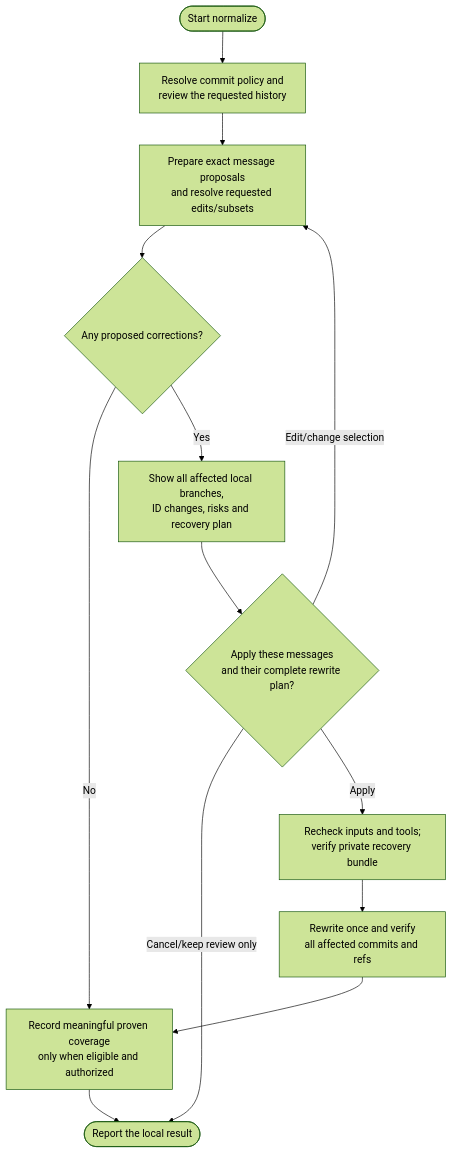
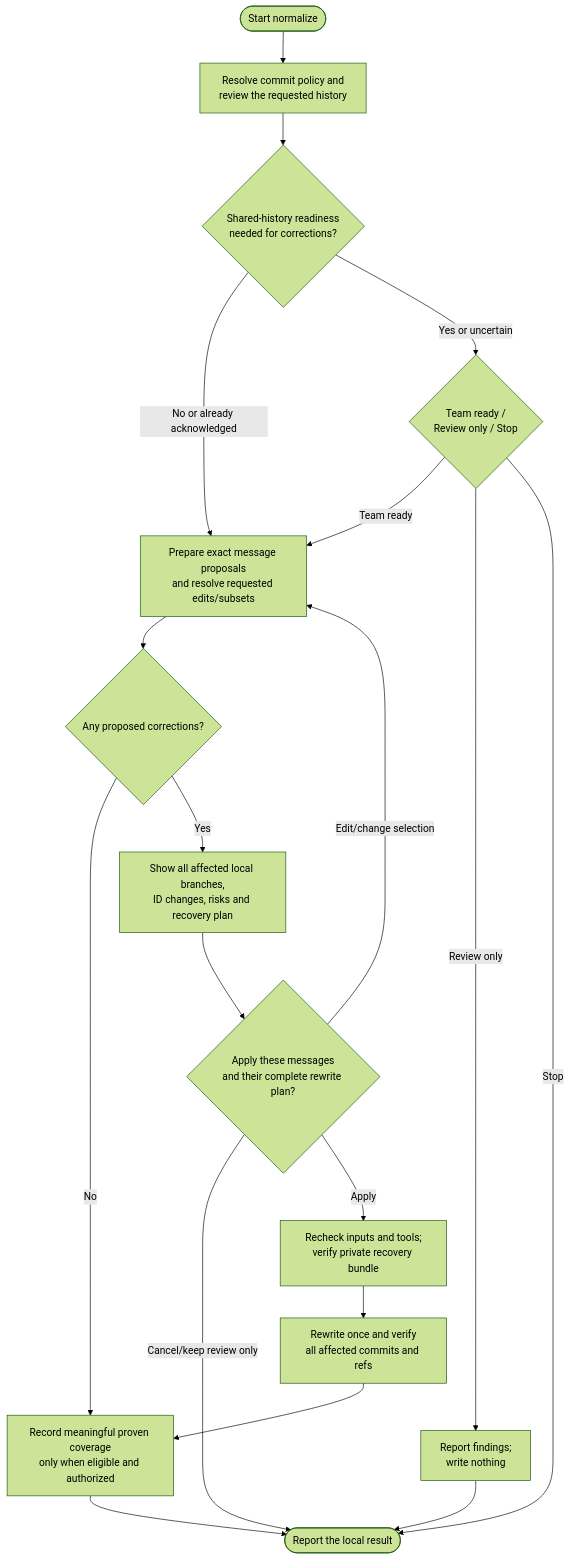
One commit to myowinthein/agent-helm changed the diagram in docs/commands/normalize.md. Above: the diagram before and after it, drawn with Mermaid (forest theme). The commit also changed other lines of this file and 7 other files, not shown here.

Commit message:
feat(normalize): add shared-history readiness acknowledgement

````diff
--- a/docs/commands/normalize.md
+++ b/docs/commands/normalize.md
@@ -23,15 +23,21 @@
 ```mermaid
 flowchart TD
   Start(["Start normalize"]) --> Audit["Resolve commit policy and<br/>review the requested history"]
-  Audit --> Messages["Prepare exact message proposals<br/>and resolve requested edits/subsets"]
+  Audit --> Shared{"Shared-history readiness<br/>needed for corrections?"}
+  Shared -->|No or already acknowledged| Messages["Prepare exact message proposals<br/>and resolve requested edits/subsets"]
+  Shared -->|Yes or uncertain| Team{"Team ready /<br/>Review only / Stop"}
+  Team -->|Team ready| Messages
+  Team -->|Review only| Report["Report findings;<br/>write nothing"]
+  Team -->|Stop| End(["Report the local result"])
+  Report --> End
   Messages --> Changed{"Any proposed corrections?"}
   Changed -->|No| Record["Record meaningful proven coverage<br/>only when eligible and authorized"]
   Changed -->|Yes| Impact["Show all affected local branches,<br/>ID changes, risks and recovery plan"]
   Impact --> Approval{"Apply these messages<br/>and their complete rewrite plan?"}
   Approval -->|Edit/change selection| Messages
-  Approval -->|Cancel/keep review only| End(["Report the local result"])
+  Approval -->|Cancel/keep review only| End
   Approval -->|Apply| Backup["Recheck inputs and tools;<br/>verify private recovery bundle"]
   Backup --> Rewrite["Rewrite once and verify<br/>all affected commits and refs"]
   Rewrite --> Record
   Record --> End
 ```
````
